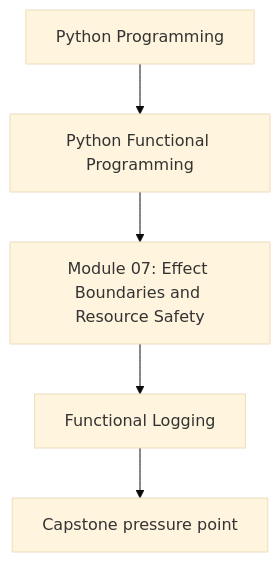
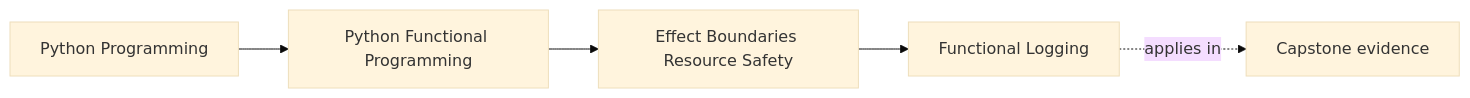
The first of 2 diagrams in programs/python-programming/python-functional-programming/course-book/module-07-effect-boundaries-resource-safety/functional-logging.md (bijux/bijux-masterclass), drawn with Mermaid (base theme) before and after one commit. The commit also changed other lines of this file and 108 other files, not shown here.

Commit message:
docs(python-functional-programming): map capstone and advanced design surfaces

````diff
--- a/programs/python-programming/python-functional-programming/course-book/module-07-effect-boundaries-resource-safety/functional-logging.md
+++ b/programs/python-programming/python-functional-programming/course-book/module-07-effect-boundaries-resource-safety/functional-logging.md
@@ -7,7 +7,11 @@
 ```mermaid
-flowchart TD
-  family["Python Programming"] --> program["Python Functional Programming"]
-  program --> module["Module 07: Effect Boundaries and Resource Safety"]
-  module --> concept["Functional Logging"]
-  concept --> capstone["Capstone pressure point"]
+graph LR
+  family["Python Programming"]
+  program["Python Functional Programming"]
+  section["Effect Boundaries Resource Safety"]
+  page["Functional Logging"]
+  capstone["Capstone evidence"]
+
+  family --> program --> section --> page
+  page -.applies in.-> capstone
 ```
````
